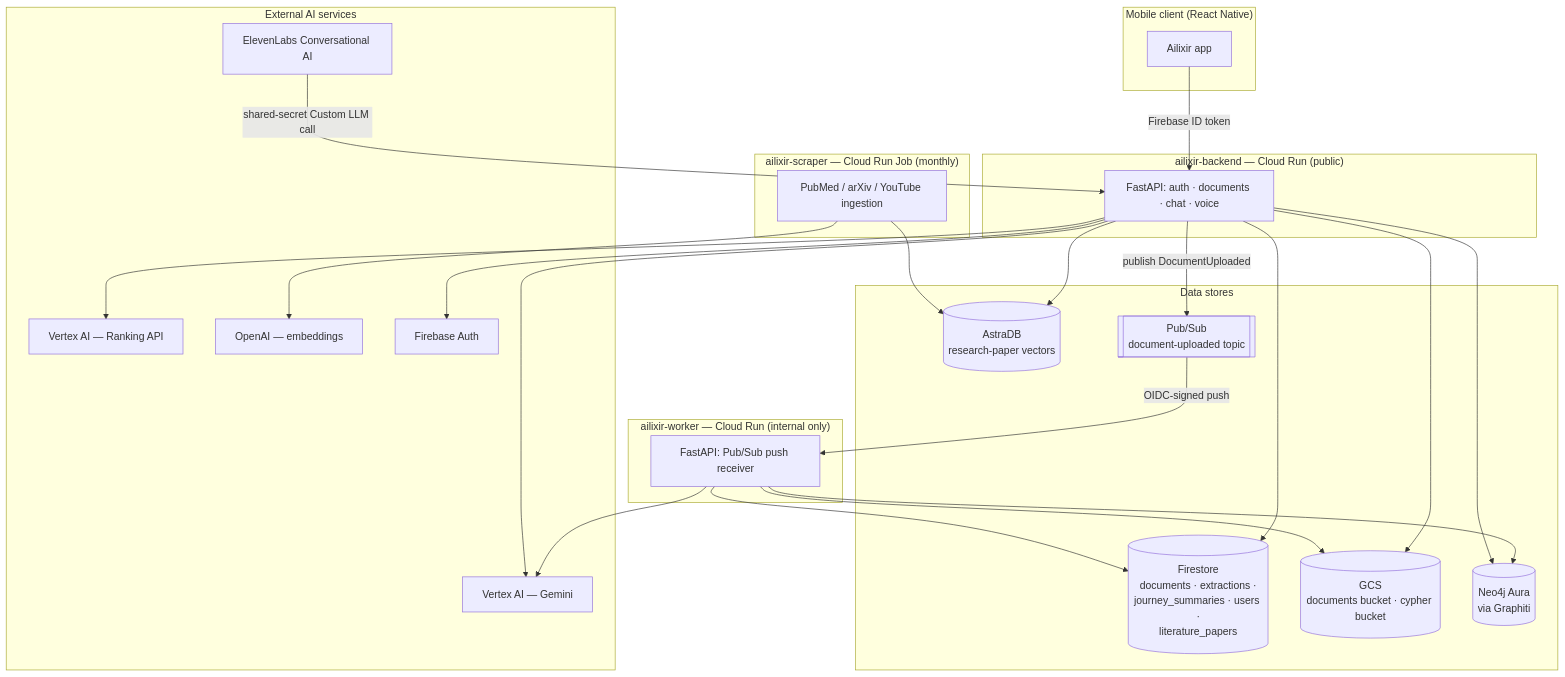
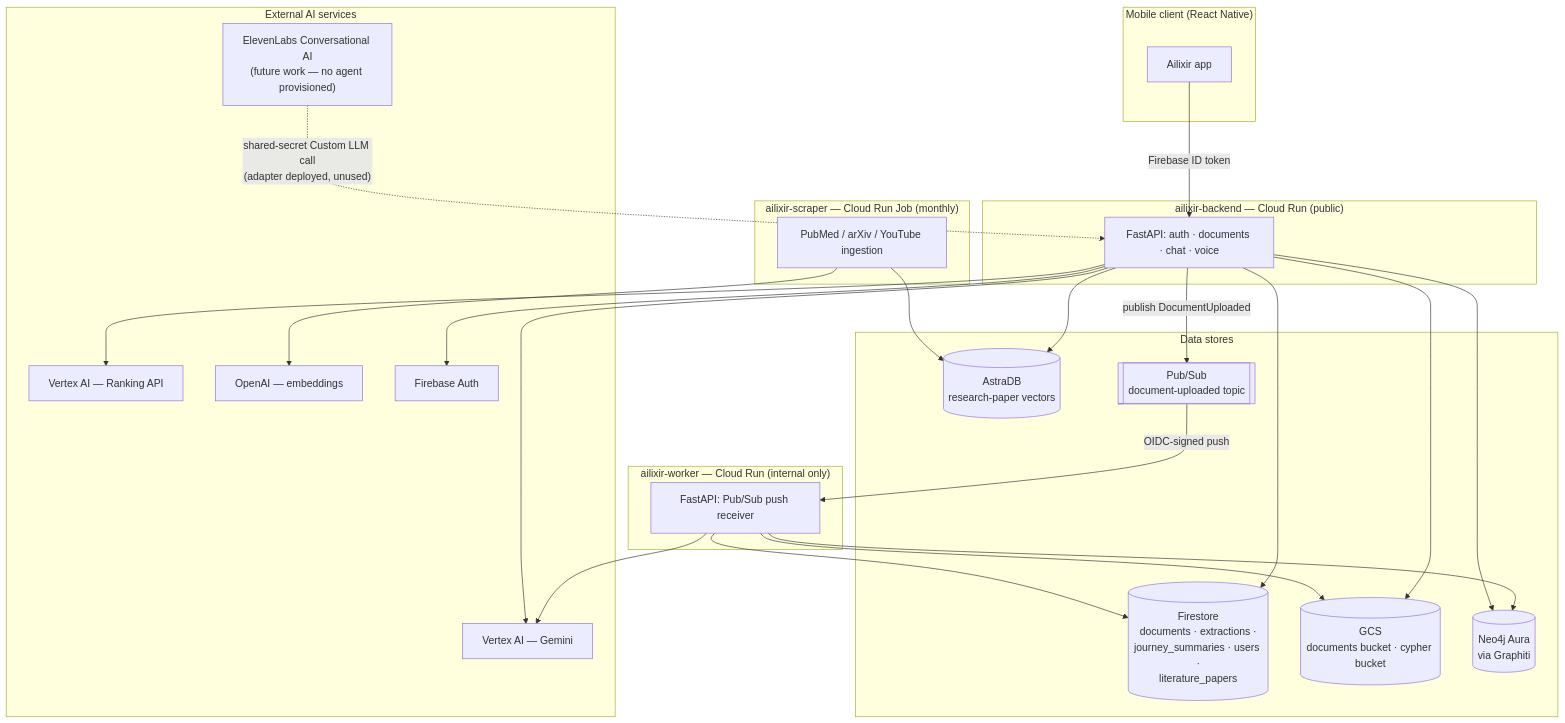
One commit to amosproj/amos2026ss03-ailixir-intelligence changed the diagram in Documentation/architecture/README.md. Above: the diagram before and after it, drawn with Mermaid. The commit also changed other lines of this file and 12 other files, not shown here.

Commit message:
Reframed elevenlabs voice as future work in the documentation

````diff
--- a/Documentation/architecture/README.md
+++ b/Documentation/architecture/README.md
@@ -31,52 +31,52 @@
 ```mermaid
 flowchart TB
     subgraph Client["Mobile client (React Native)"]
         RN[Ailixir app]
     end
 
     subgraph API_SVC["ailixir-backend — Cloud Run (public)"]
         API[FastAPI: auth · documents · chat · voice]
     end
 
     subgraph WORKER_SVC["ailixir-worker — Cloud Run (internal only)"]
         WORKER[FastAPI: Pub/Sub push receiver]
     end
 
     subgraph SCRAPER_JOB["ailixir-scraper — Cloud Run Job (monthly)"]
         SCRAPER[PubMed / arXiv / YouTube ingestion]
     end
 
     subgraph Data["Data stores"]
         FS[(Firestore\ndocuments · extractions ·\njourney_summaries · users ·\nliterature_papers)]
         GCS[(GCS\ndocuments bucket · cypher bucket)]
         NEO4J[(Neo4j Aura\nvia Graphiti)]
         ASTRA[(AstraDB\nresearch-paper vectors)]
         PUBSUB[[Pub/Sub\ndocument-uploaded topic]]
     end
 
     subgraph AI["External AI services"]
         GEMINI[Vertex AI — Gemini]
         RANK[Vertex AI — Ranking API]
         OPENAI[OpenAI — embeddings]
         FIREBASE[Firebase Auth]
-        ELEVEN[ElevenLabs Conversational AI]
+        ELEVEN["ElevenLabs Conversational AI<br/>(future work — no agent provisioned)"]
     end
 
     RN -- "Firebase ID token" --> API
-    ELEVEN -- "shared-secret Custom LLM call" --> API
+    ELEVEN -. "shared-secret Custom LLM call<br/>(adapter deployed, unused)" .-> API
     API --> FS
     API --> GCS
     API -- "publish DocumentUploaded" --> PUBSUB
     PUBSUB -- "OIDC-signed push" --> WORKER
     WORKER --> FS
     WORKER --> GCS
     WORKER --> NEO4J
     WORKER --> GEMINI
     API --> NEO4J
     API --> GEMINI
     API --> ASTRA
     API --> RANK
     API --> FIREBASE
     SCRAPER --> ASTRA
     SCRAPER --> OPENAI
 ```
````
